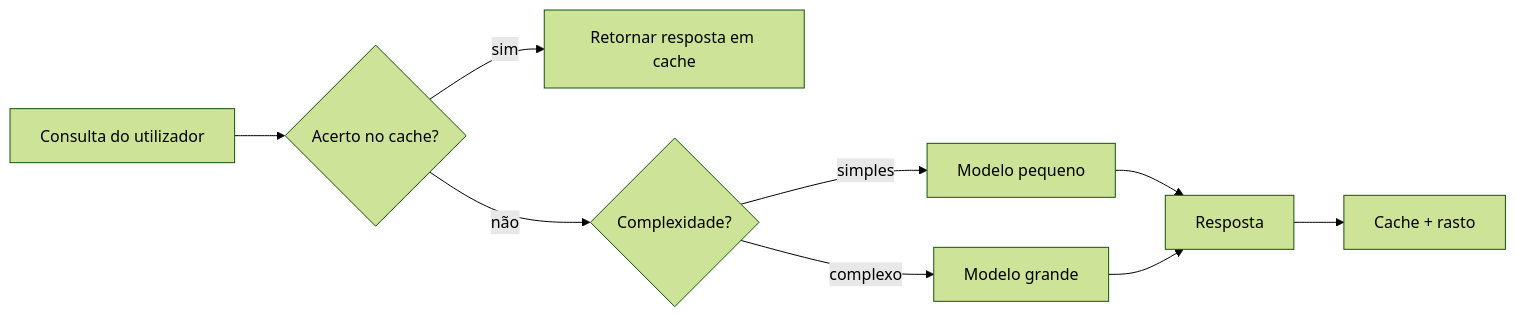
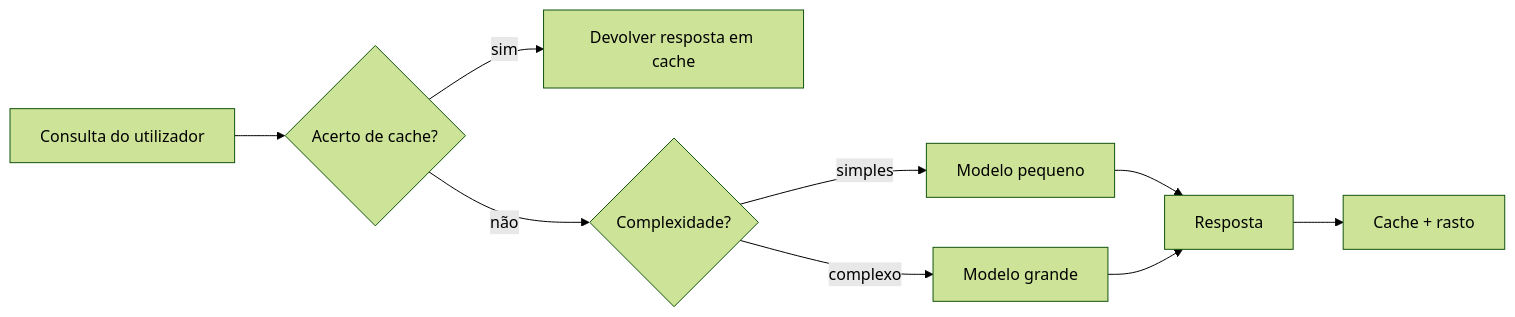
One commit to microsoft/ai-agents-for-beginners changed the third of 4 diagrams in translations/pt-PT/16-deploying-scalable-agents/README.md. Above: the diagram before and after it, drawn with Mermaid (forest theme). The commit also changed other lines of this file and 46 other files, not shown here.

````diff
--- a/translations/pt-PT/16-deploying-scalable-agents/README.md
+++ b/translations/pt-PT/16-deploying-scalable-agents/README.md
@@ -134,11 +134,11 @@
 ```mermaid
 flowchart LR
-    Q[Consulta do utilizador] --> C{Acerto no cache?}
-    C -->|sim| R[Retornar resposta em cache]
+    Q[Consulta do utilizador] --> C{Acerto de cache?}
+    C -->|sim| R[Devolver resposta em cache]
     C -->|não| Router{Complexidade?}
     Router -->|simples| SLM[Modelo pequeno]
     Router -->|complexo| LLM[Modelo grande]
     SLM --> Out[Resposta]
     LLM --> Out
     Out --> Store[Cache + rasto]
 ```
````
